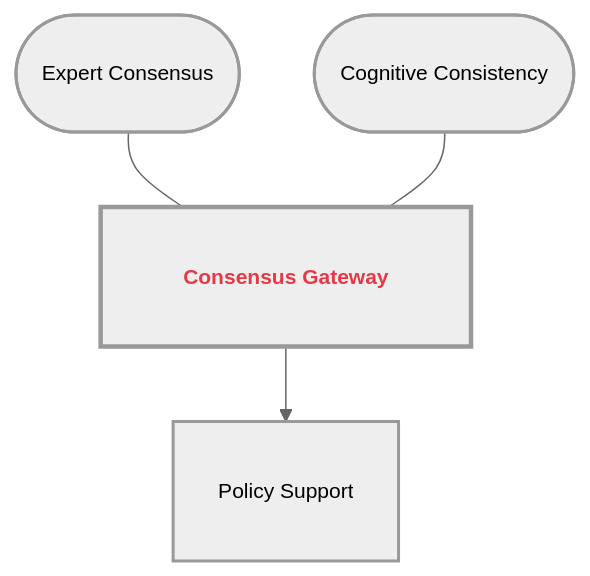
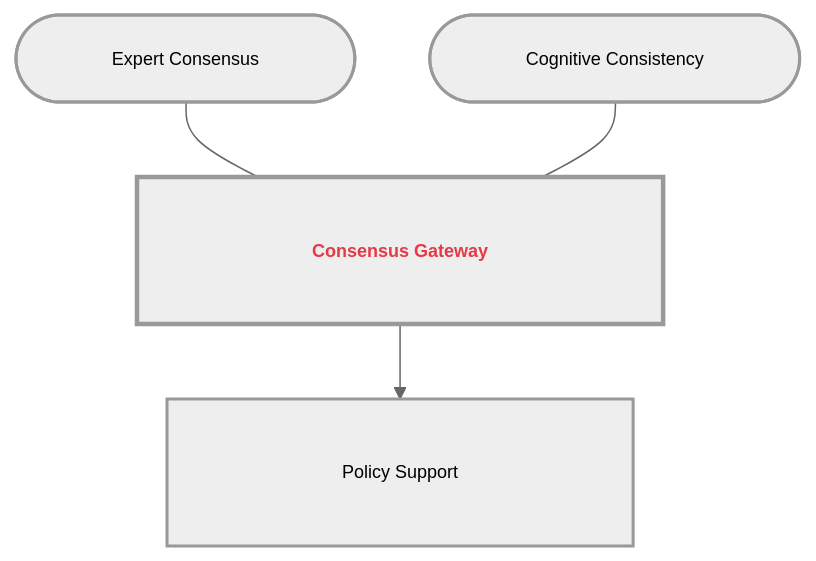
The seventh of 8 diagrams in Communication_Influence/Mastery_Guide_SOW_BS033.md (GM024/CourseSummaries), drawn with Mermaid before and after one commit. The commit also changed other lines of this file, not shown here.

Commit message:
GitHub-Hardened Overhaul: 10-space horizontal buffers and 40px global padding to fix text clipping

````diff
--- a/Communication_Influence/Mastery_Guide_SOW_BS033.md
+++ b/Communication_Influence/Mastery_Guide_SOW_BS033.md
@@ -237,13 +224,13 @@
 ```mermaid
-%%{init: { 'flowchart': { 'useMaxWidth': false, 'htmlLabels': true }, 'theme': 'neutral', 'themeVariables': { 'fontSize': '14px' }}}%%
+%%{init: { 'flowchart': { 'padding': 40, 'useMaxWidth': false, 'htmlLabels': true }, 'theme': 'neutral', 'themeVariables': { 'fontSize': '12px' }}}%%
 graph TD
-    classDef sandbox padding-left:20px,padding-right:20px,padding-top:10px,padding-bottom:10px,stroke-width:2px;
-    classDef hub padding-left:25px,padding-right:25px,padding-top:15px,padding-bottom:15px,stroke-width:3px,font-weight:bold;
+    classDef sandbox stroke-width:2px;
+    classDef hub stroke-width:3px,font-weight:bold;
 
-    Hub["<span style='color:#e63946'><b>Consensus Gateway</b></span>"]:::hub
+    Hub["&nbsp;&nbsp;&nbsp;&nbsp;&nbsp;&nbsp;&nbsp;&nbsp;&nbsp;&nbsp; <span style='color:#e63946'><b>Consensus Gateway</b></span> &nbsp;&nbsp;&nbsp;&nbsp;&nbsp;&nbsp;&nbsp;&nbsp;&nbsp;&nbsp;"]:::hub
     
-    S1(["Expert Consensus"]):::sandbox --- Hub
-    S2(["Cognitive Consistency"]):::sandbox --- Hub
+    S1(["&nbsp;&nbsp;&nbsp;&nbsp;&nbsp;&nbsp;&nbsp;&nbsp;&nbsp;&nbsp; Expert Consensus &nbsp;&nbsp;&nbsp;&nbsp;&nbsp;&nbsp;&nbsp;&nbsp;&nbsp;&nbsp;"]):::sandbox --- Hub
+    S2(["&nbsp;&nbsp;&nbsp;&nbsp;&nbsp;&nbsp;&nbsp;&nbsp;&nbsp;&nbsp; Cognitive Consistency &nbsp;&nbsp;&nbsp;&nbsp;&nbsp;&nbsp;&nbsp;&nbsp;&nbsp;&nbsp;"]):::sandbox --- Hub
     
-    Hub --> B1["Policy Support"]:::sandbox
+    Hub --> B1["&nbsp;&nbsp;&nbsp;&nbsp;&nbsp;&nbsp;&nbsp;&nbsp;&nbsp;&nbsp; Policy Support &nbsp;&nbsp;&nbsp;&nbsp;&nbsp;&nbsp;&nbsp;&nbsp;&nbsp;&nbsp;"]:::sandbox
 ```
````
